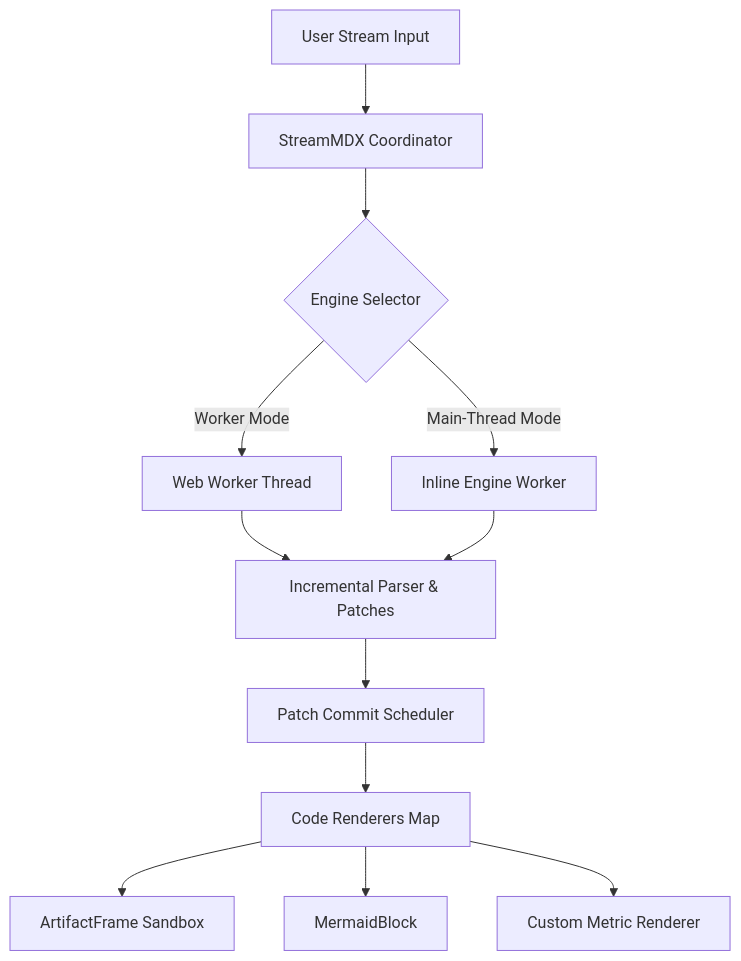
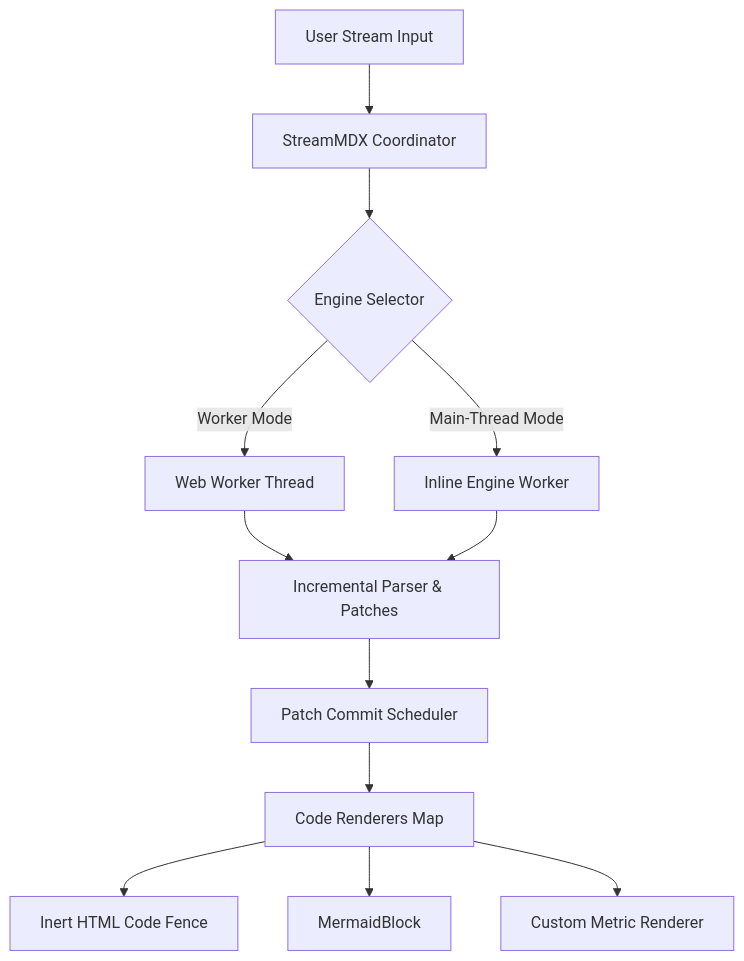
One commit to kmccleary3301/stream-mdx changed the diagram in apps/docs/content/showcase/assistant-stream.md. Above: the diagram before and after it, drawn with Mermaid. The commit also changed other lines of this file and 149 other files, not shown here.

````diff
--- a/apps/docs/content/showcase/assistant-stream.md
+++ b/apps/docs/content/showcase/assistant-stream.md
@@ -23,14 +23,14 @@
 ```mermaid
 graph TD
   A[User Stream Input] --> B[StreamMDX Coordinator]
   B --> C{Engine Selector}
   C -->|Worker Mode| D[Web Worker Thread]
   C -->|Main-Thread Mode| E[Inline Engine Worker]
   D --> F[Incremental Parser & Patches]
   E --> F
   F --> G[Patch Commit Scheduler]
   G --> H[Code Renderers Map]
-  H --> I[ArtifactFrame Sandbox]
+  H --> I[Inert HTML Code Fence]
   H --> J[MermaidBlock]
   H --> K[Custom Metric Renderer]
 ```
````
